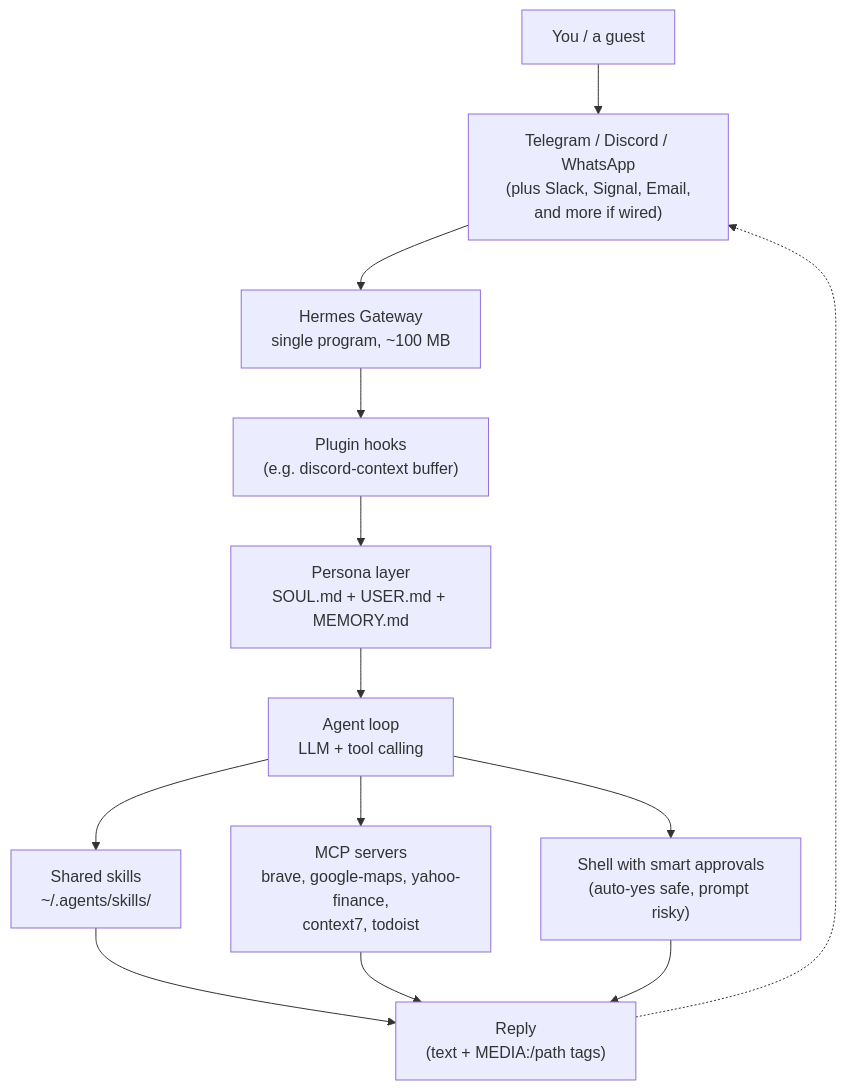
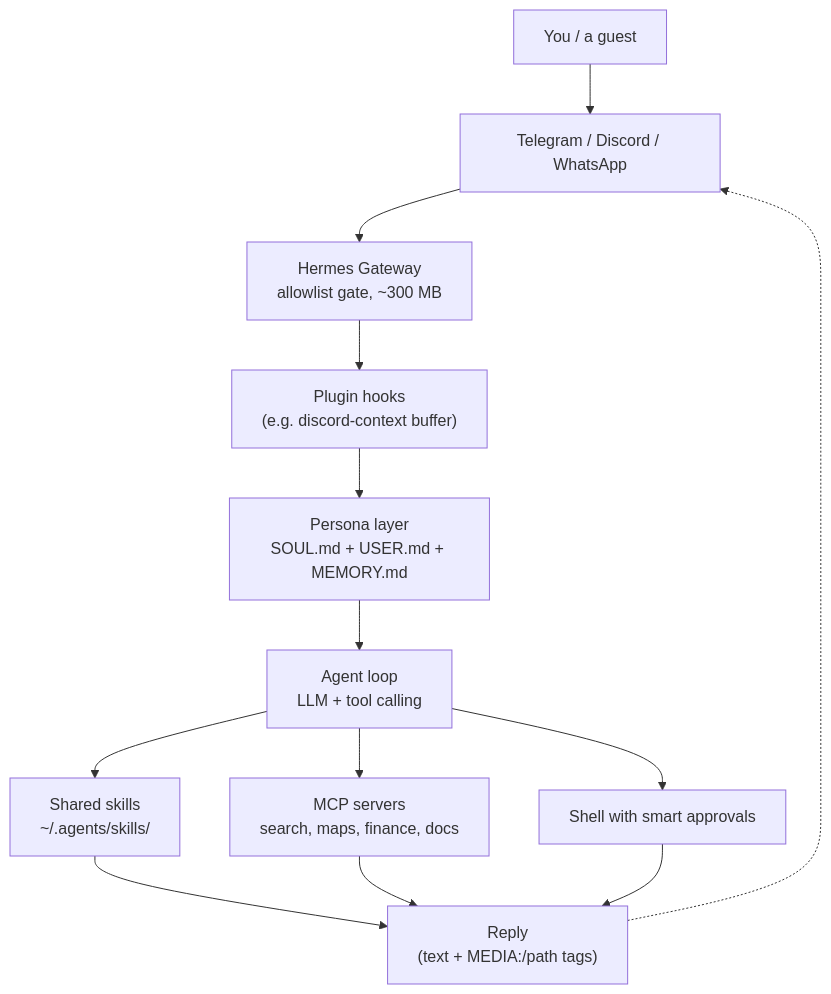
Before and after one commit to absolutepraya/blog: the first of 5 diagrams in content/posts/hermes-agent-setup.md, drawn with Mermaid. The commit also changed other lines of this file and 11 other files, not shown here.

First line of the commit message:
Rewrite agent setup posts and fail CI on broken Mermaid (#10)

````diff
--- a/content/posts/hermes-agent-setup.md
+++ b/content/posts/hermes-agent-setup.md
@@ -53,18 +39,18 @@
 ```mermaid
 graph TD
     User["You / a guest"]
-    User --> Platform["Telegram / Discord / WhatsApp<br>(plus Slack, Signal, Email,<br>and more if wired)"]
-    Platform --> Gateway["Hermes Gateway<br>single program, ~100 MB"]
+    User --> Platform["Telegram / Discord / WhatsApp"]
+    Platform --> Gateway["Hermes Gateway<br>allowlist gate, ~300 MB"]
     Gateway --> Hooks["Plugin hooks<br>(e.g. discord-context buffer)"]
     Hooks --> Persona["Persona layer<br>SOUL.md + USER.md + MEMORY.md"]
     Persona --> Agent["Agent loop<br>LLM + tool calling"]
 
     Agent --> Skills["Shared skills<br>~/.agents/skills/"]
-    Agent --> MCP["MCP servers<br>brave, google-maps, yahoo-finance,<br>context7, todoist"]
-    Agent --> Shell["Shell with smart approvals<br>(auto-yes safe, prompt risky)"]
+    Agent --> MCP["MCP servers<br>search, maps, finance, docs"]
+    Agent --> Shell["Shell with smart approvals"]
 
     Skills --> Reply["Reply<br>(text + MEDIA:/path tags)"]
     MCP --> Reply
     Shell --> Reply
     Reply -.-> Platform
 ```
````
